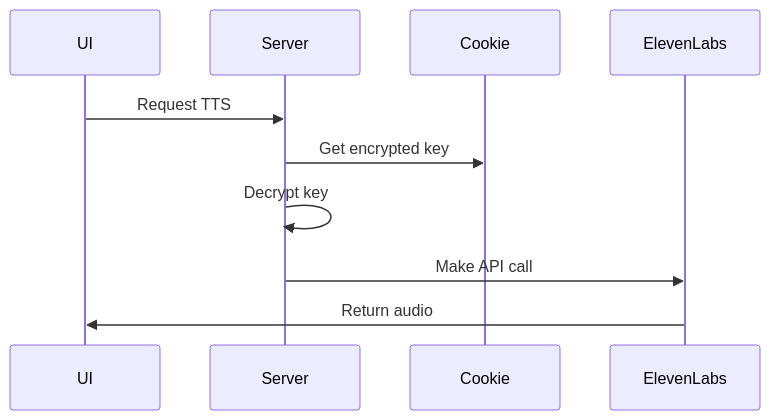
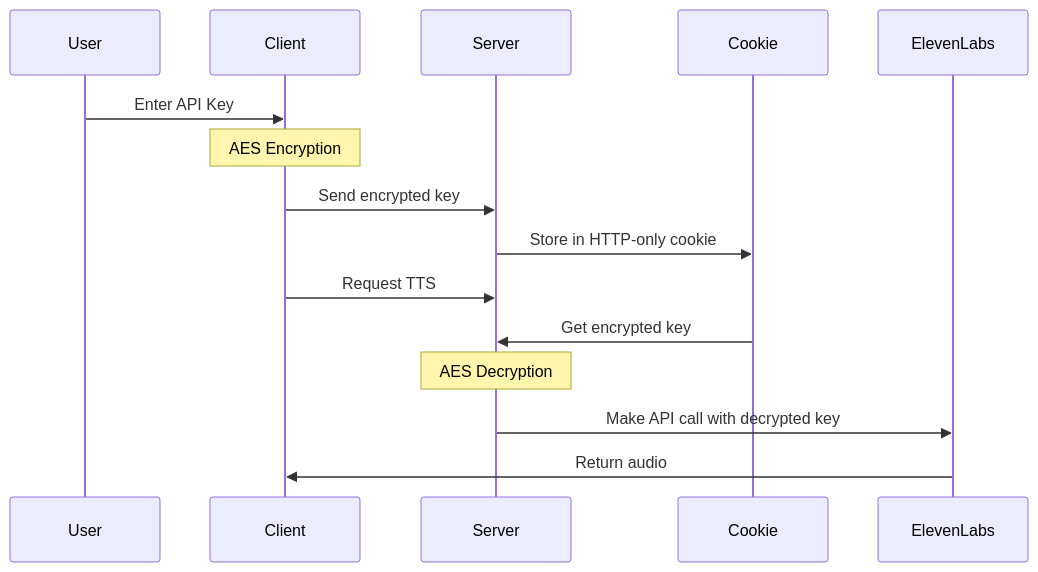
The diagram in README.md (Skrptforge/ssml-editor), drawn with Mermaid before and after one commit. The commit also changed other lines of this file, not shown here.

````diff
--- a/README.md
+++ b/README.md
@@ -72,8 +9,21 @@
-   ```mermaid
-   sequenceDiagram
-       UI->>Server: Request TTS
-       Server->>Cookie: Get encrypted key
-       Server->>Server: Decrypt key
-       Server->>ElevenLabs: Make API call
-       ElevenLabs->>UI: Return audio
-   ```
+```mermaid
+sequenceDiagram
+    participant User
+    participant Client
+    participant Server
+    participant Cookie
+    participant ElevenLabs
+
+    %% Key Storage Flow
+    User->>Client: Enter API Key
+    Note over Client: AES Encryption
+    Client->>Server: Send encrypted key
+    Server->>Cookie: Store in HTTP-only cookie
+
+    %% Key Usage Flow
+    Client->>Server: Request TTS
+    Cookie->>Server: Get encrypted key
+    Note over Server: AES Decryption
+    Server->>ElevenLabs: Make API call with decrypted key
+    ElevenLabs->>Client: Return audio
+```
````
